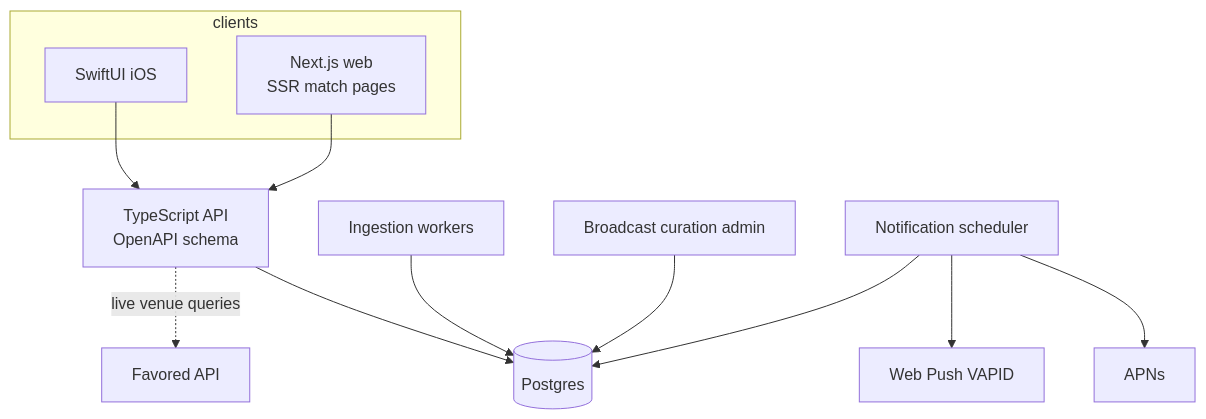
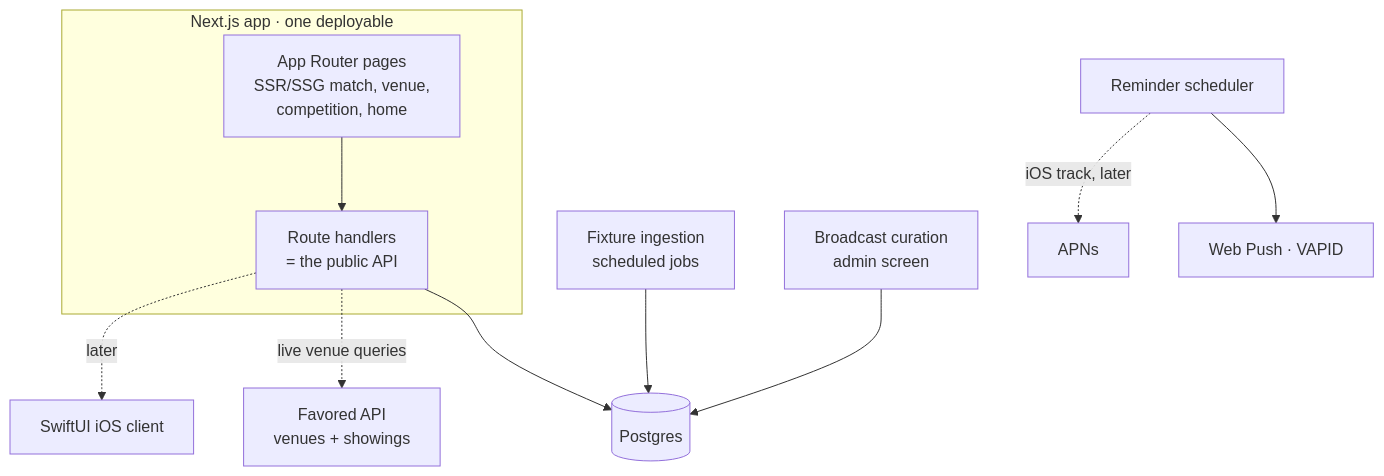
The diagram in docs/05-platform-architecture.md (Elyron-ai/whenskickoff_v0.1), drawn with Mermaid before and after one commit. The commit also changed other lines of this file and 5 other files, not shown here.

First line of the commit message:
Docs: commit to web-only v1 (Next.js), iOS as a separate later track

````diff
--- a/docs/05-platform-architecture.md
+++ b/docs/05-platform-architecture.md
@@ -34,16 +39,15 @@
 ```mermaid
 flowchart TD
-  subgraph clients
-    IOS[SwiftUI iOS]
-    WEB[Next.js web<br/>SSR match pages]
+  subgraph nextapp[Next.js app · one deployable]
+    PAGES[App Router pages<br/>SSR/SSG match, venue,<br/>competition, home]
+    API[Route handlers<br/>= the public API]
   end
-  API[TypeScript API<br/>OpenAPI schema] --> PG[(Postgres)]
-  IOS --> API
-  WEB --> API
-  WRK[Ingestion workers] --> PG
-  ADM[Broadcast curation admin] --> PG
-  SCHED[Notification scheduler] --> PG
-  SCHED --> APNS[APNs]
-  SCHED --> WP[Web Push VAPID]
-  API -. live venue queries .-> FAV[Favored API]
+  PAGES --> API
+  API --> PG[(Postgres)]
+  WRK[Fixture ingestion<br/>scheduled jobs] --> PG
+  ADM[Broadcast curation<br/>admin screen] --> PG
+  API -. live venue queries .-> FAV[Favored API<br/>venues + showings]
+  SCHED[Reminder scheduler] --> WP[Web Push · VAPID]
+  SCHED -. iOS track, later .-> APNS[APNs]
+  API -.later.-> IOS[SwiftUI iOS client]
 ```
````
